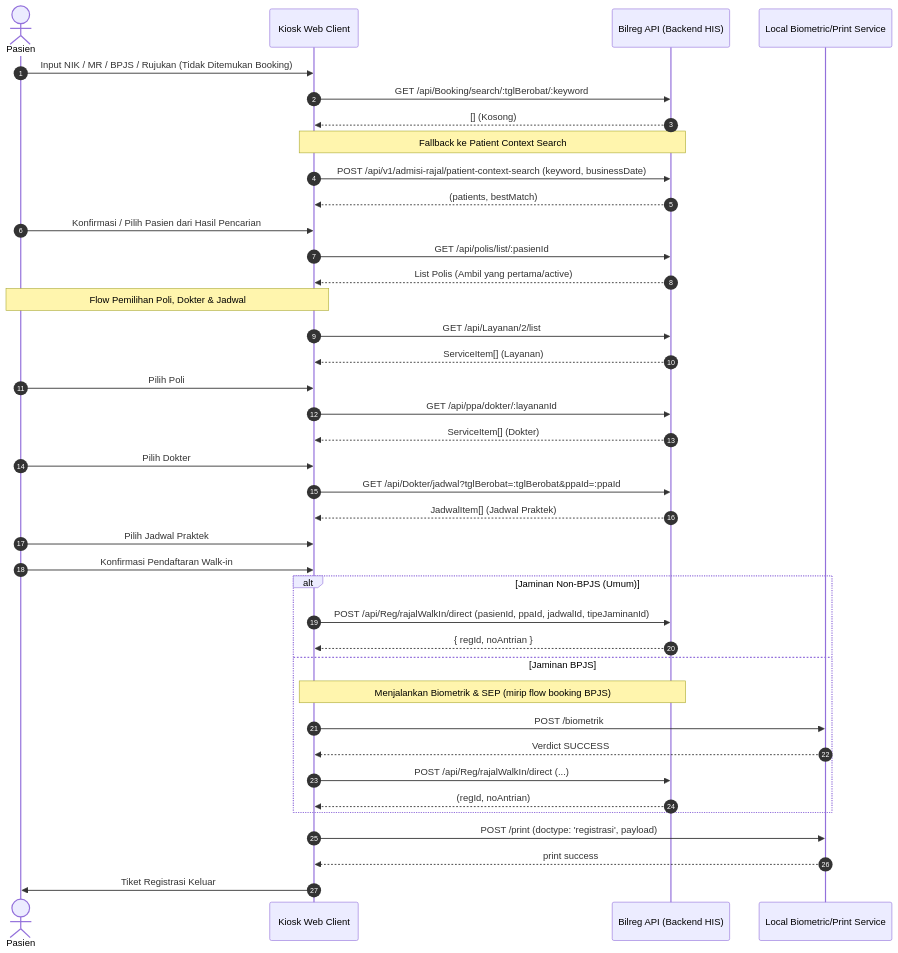
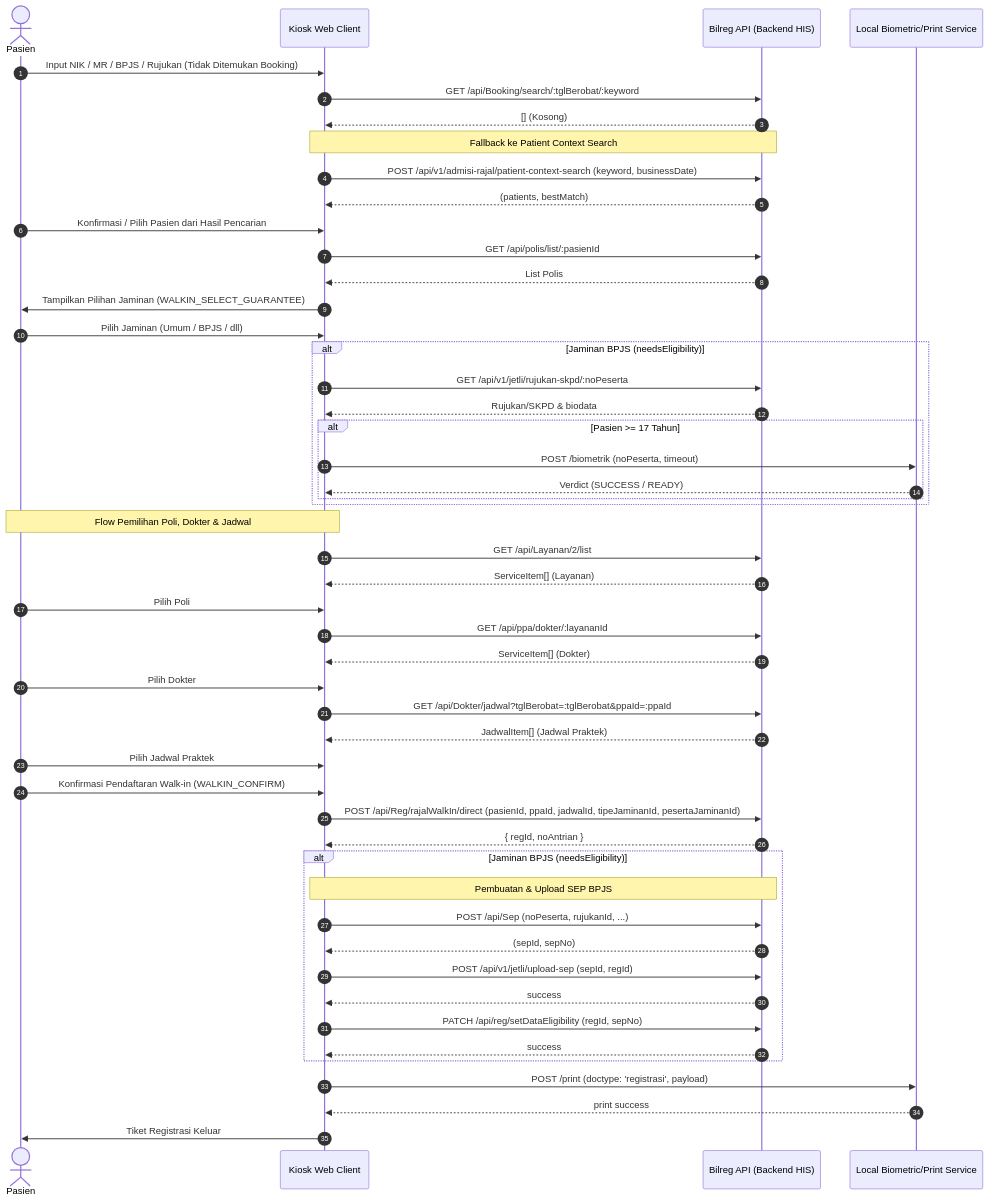
One commit to smart-ics/c013-kiosk-queue-display-web changed the fifth of 6 diagrams in docs/architecture/2026-08-03-kiosk-self-registration.md. Above: the diagram before and after it, drawn with Mermaid. The commit also changed other lines of this file and 10 other files, not shown here.

First line of the commit message:
feat(kiosk-web): implement BPJS rujukan/skdp selection flow and deep patient search (#10)

````diff
--- a/docs/architecture/2026-08-03-kiosk-self-registration.md
+++ b/docs/architecture/2026-08-03-kiosk-self-registration.md
@@ -192,50 +204,64 @@
 ```mermaid
 sequenceDiagram
     autonumber
     actor Pasien
     participant Kiosk as Kiosk Web Client
     participant Bilreg as Bilreg API (Backend HIS)
     participant LocalApp as Local Biometric/Print Service
 
     Pasien->>Kiosk: Input NIK / MR / BPJS / Rujukan (Tidak Ditemukan Booking)
     Kiosk->>Bilreg: GET /api/Booking/search/:tglBerobat/:keyword
     Bilreg-->>Kiosk: [] (Kosong)
     
     Note over Kiosk, Bilreg: Fallback ke Patient Context Search
     Kiosk->>Bilreg: POST /api/v1/admisi-rajal/patient-context-search (keyword, businessDate)
     Bilreg-->>Kiosk: (patients, bestMatch)
     
     Pasien->>Kiosk: Konfirmasi / Pilih Pasien dari Hasil Pencarian
     Kiosk->>Bilreg: GET /api/polis/list/:pasienId
-    Bilreg-->>Kiosk: List Polis (Ambil yang pertama/active)
+    Bilreg-->>Kiosk: List Polis
+    
+    Kiosk->>Pasien: Tampilkan Pilihan Jaminan (WALKIN_SELECT_GUARANTEE)
+    Pasien->>Kiosk: Pilih Jaminan (Umum / BPJS / dll)
+    
+    alt Jaminan BPJS (needsEligibility)
+        Kiosk->>Bilreg: GET /api/v1/jetli/rujukan-skpd/:noPeserta
+        Bilreg-->>Kiosk: Rujukan/SKPD & biodata
+        alt Pasien >= 17 Tahun
+            Kiosk->>LocalApp: POST /biometrik (noPeserta, timeout)
+            LocalApp-->>Kiosk: Verdict (SUCCESS / READY)
+        end
+    end
     
     Note over Kiosk, Pasien: Flow Pemilihan Poli, Dokter & Jadwal
     Kiosk->>Bilreg: GET /api/Layanan/2/list
     Bilreg-->>Kiosk: ServiceItem[] (Layanan)
     Pasien->>Kiosk: Pilih Poli
     
     Kiosk->>Bilreg: GET /api/ppa/dokter/:layananId
     Bilreg-->>Kiosk: ServiceItem[] (Dokter)
     Pasien->>Kiosk: Pilih Dokter
     
     Kiosk->>Bilreg: GET /api/Dokter/jadwal?tglBerobat=:tglBerobat&ppaId=:ppaId
     Bilreg-->>Kiosk: JadwalItem[] (Jadwal Praktek)
     Pasien->>Kiosk: Pilih Jadwal Praktek
     
-    Pasien->>Kiosk: Konfirmasi Pendaftaran Walk-in
+    Pasien->>Kiosk: Konfirmasi Pendaftaran Walk-in (WALKIN_CONFIRM)
     
-    alt Jaminan Non-BPJS (Umum)
-        Kiosk->>Bilreg: POST /api/Reg/rajalWalkIn/direct (pasienId, ppaId, jadwalId, tipeJaminanId)
-        Bilreg-->>Kiosk: { regId, noAntrian }
-    else Jaminan BPJS
-        Note over Kiosk, Bilreg: Menjalankan Biometrik & SEP (mirip flow booking BPJS)
-        Kiosk->>LocalApp: POST /biometrik
-        LocalApp-->>Kiosk: Verdict SUCCESS
-        Kiosk->>Bilreg: POST /api/Reg/rajalWalkIn/direct (...)
-        Bilreg-->>Kiosk: (regId, noAntrian)
+    Kiosk->>Bilreg: POST /api/Reg/rajalWalkIn/direct (pasienId, ppaId, jadwalId, tipeJaminanId, pesertaJaminanId)
+    Bilreg-->>Kiosk: { regId, noAntrian }
+    
+    alt Jaminan BPJS (needsEligibility)
+        Note over Kiosk, Bilreg: Pembuatan & Upload SEP BPJS
+        Kiosk->>Bilreg: POST /api/Sep (noPeserta, rujukanId, ...)
+        Bilreg-->>Kiosk: (sepId, sepNo)
+        Kiosk->>Bilreg: POST /api/v1/jetli/upload-sep (sepId, regId)
+        Bilreg-->>Kiosk: success
+        Kiosk->>Bilreg: PATCH /api/reg/setDataEligibility (regId, sepNo)
+        Bilreg-->>Kiosk: success
     end
     
     Kiosk->>LocalApp: POST /print (doctype: 'registrasi', payload)
     LocalApp-->>Kiosk: print success
     Kiosk->>Pasien: Tiket Registrasi Keluar
 ```
````
